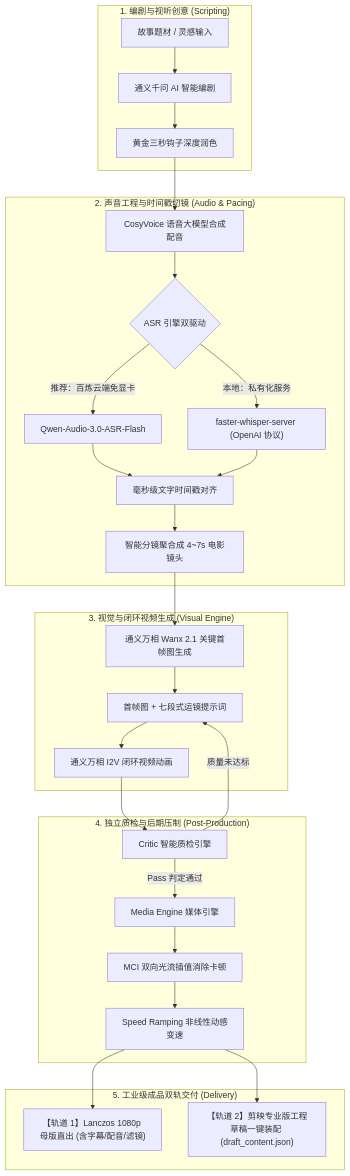
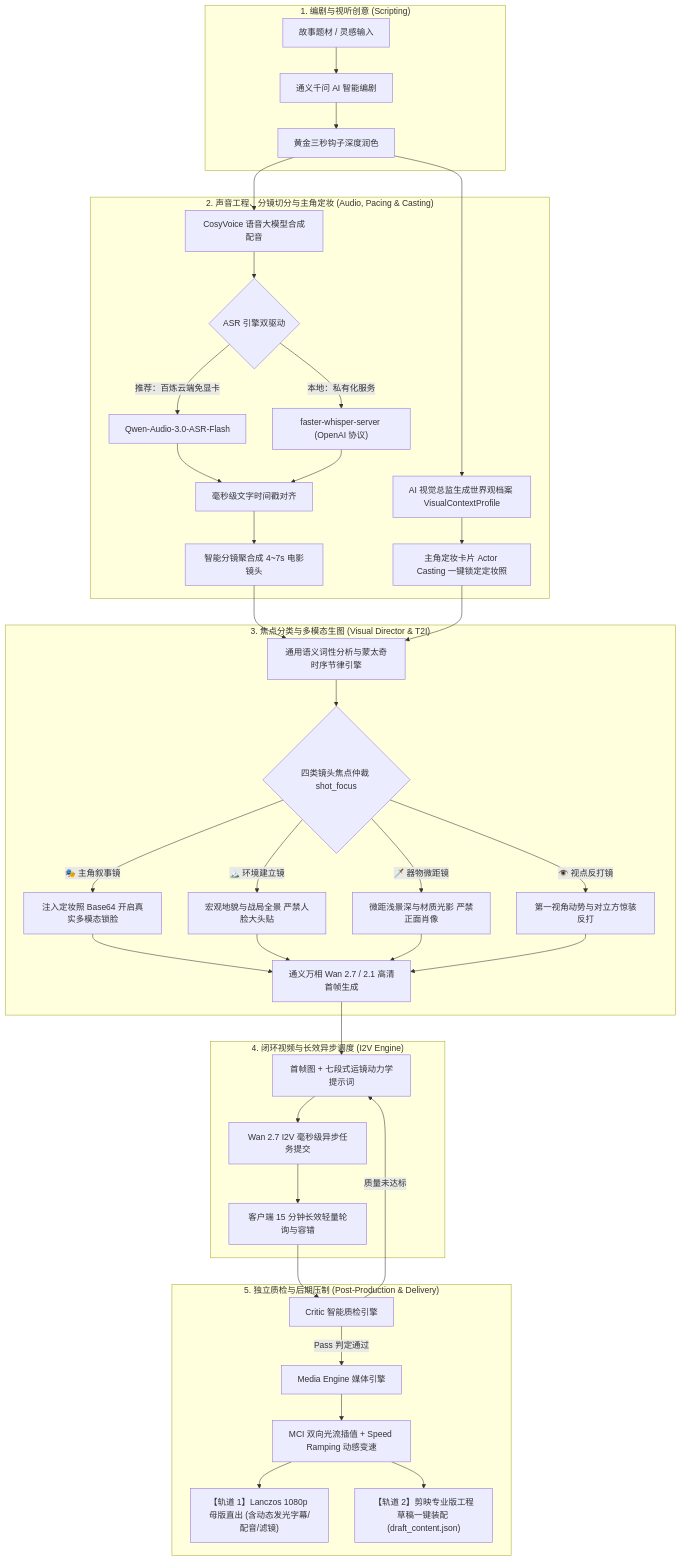
Before and after one commit to lizouzt/flow-studio-pro: the diagram in README.md, drawn with Mermaid. The commit also changed other lines of this file and 3 other files, not shown here.

Commit message:
docs: update README with UI demo screenshots and document latest features (actor casting, wan 2.7, shot focus, async 15m polling, key masking)

````diff
--- a/README.md
+++ b/README.md
@@ -67,36 +98,45 @@
 ```mermaid
 flowchart TD
     subgraph S1["1. 编剧与视听创意 (Scripting)"]
         A[故事题材 / 灵感输入] --> B[通义千问 AI 智能编剧]
         B --> C[黄金三秒钩子深度润色]
     end
 
-    subgraph S2["2. 声音工程与时间戳切镜 (Audio & Pacing)"]
+    subgraph S2["2. 声音工程、分镜切分与主角定妆 (Audio, Pacing & Casting)"]
         C --> D[CosyVoice 语音大模型合成配音]
         D --> E{ASR 引擎双驱动}
         E -- "推荐：百炼云端免显卡" --> E1["Qwen-Audio-3.0-ASR-Flash"]
         E -- "本地：私有化服务" --> E2["faster-whisper-server (OpenAI 协议)"]
         E1 --> F[毫秒级文字时间戳对齐]
         E2 --> F
         F --> G[智能分镜聚合成 4~7s 电影镜头]
+        C --> H1[AI 视觉总监生成世界观档案 VisualContextProfile]
+        H1 --> H2[主角定妆卡片 Actor Casting 一键锁定定妆照]
     end
 
-    subgraph S3["3. 视觉与闭环视频生成 (Visual Engine)"]
-        G --> H[通义万相 Wanx 2.1 关键首帧图生成]
-        H --> I[首帧图 + 七段式运镜提示词]
-        I --> J[通义万相 I2V 闭环视频动画]
+    subgraph S3["3. 焦点分类与多模态生图 (Visual Director & T2I)"]
+        G --> J1[通用语义词性分析与蒙太奇时序节律引擎]
+        H2 --> J1
+        J1 --> J2{四类镜头焦点仲裁 shot_focus}
+        J2 -- "🎭 主角叙事镜" --> K1[注入定妆照 Base64 开启真实多模态锁脸]
+        J2 -- "🏔️ 环境建立镜" --> K2[宏观地貌与战局全景 严禁人脸大头贴]
+        J2 -- "🗡️ 器物微距镜" --> K3[微距浅景深与材质光影 严禁正面肖像]
+        J2 -- "👁️ 视点反打镜" --> K4[第一视角动势与对立方惊骇反打]
+        K1 & K2 & K3 & K4 --> L[通义万相 Wan 2.7 / 2.1 高清首帧生成]
     end
 
-    subgraph S4["4. 独立质检与后期压制 (Post-Production)"]
-        J --> K[Critic 智能质检引擎]
-        K -- "质量未达标" --> I
-        K -- "Pass 判定通过" --> L[Media Engine 媒体引擎]
-        L --> M[MCI 双向光流插值消除卡顿]
-        M --> N[Speed Ramping 非线性动感变速]
+    subgraph S4["4. 闭环视频与长效异步调度 (I2V Engine)"]
+        L --> M[首帧图 + 七段式运镜动力学提示词]
+        M --> N[Wan 2.7 I2V 毫秒级异步任务提交]
+        N --> P[客户端 15 分钟长效轻量轮询与容错]
     end
 
-    subgraph S5["5. 工业级成品双轨交付 (Delivery)"]
-        N --> O1["【轨道 1】Lanczos 1080p 母版直出 (含字幕/配音/滤镜)"]
-        N --> O2["【轨道 2】剪映专业版工程草稿一键装配 (draft_content.json)"]
+    subgraph S5["5. 独立质检与后期压制 (Post-Production & Delivery)"]
+        P --> Q[Critic 智能质检引擎]
+        Q -- "质量未达标" --> M
+        Q -- "Pass 判定通过" --> R[Media Engine 媒体引擎]
+        R --> S[MCI 双向光流插值 + Speed Ramping 动感变速]
+        S --> T1["【轨道 1】Lanczos 1080p 母版直出 (含动态发光字幕/配音/滤镜)"]
+        S --> T2["【轨道 2】剪映专业版工程草稿一键装配 (draft_content.json)"]
     end
 ```
````
